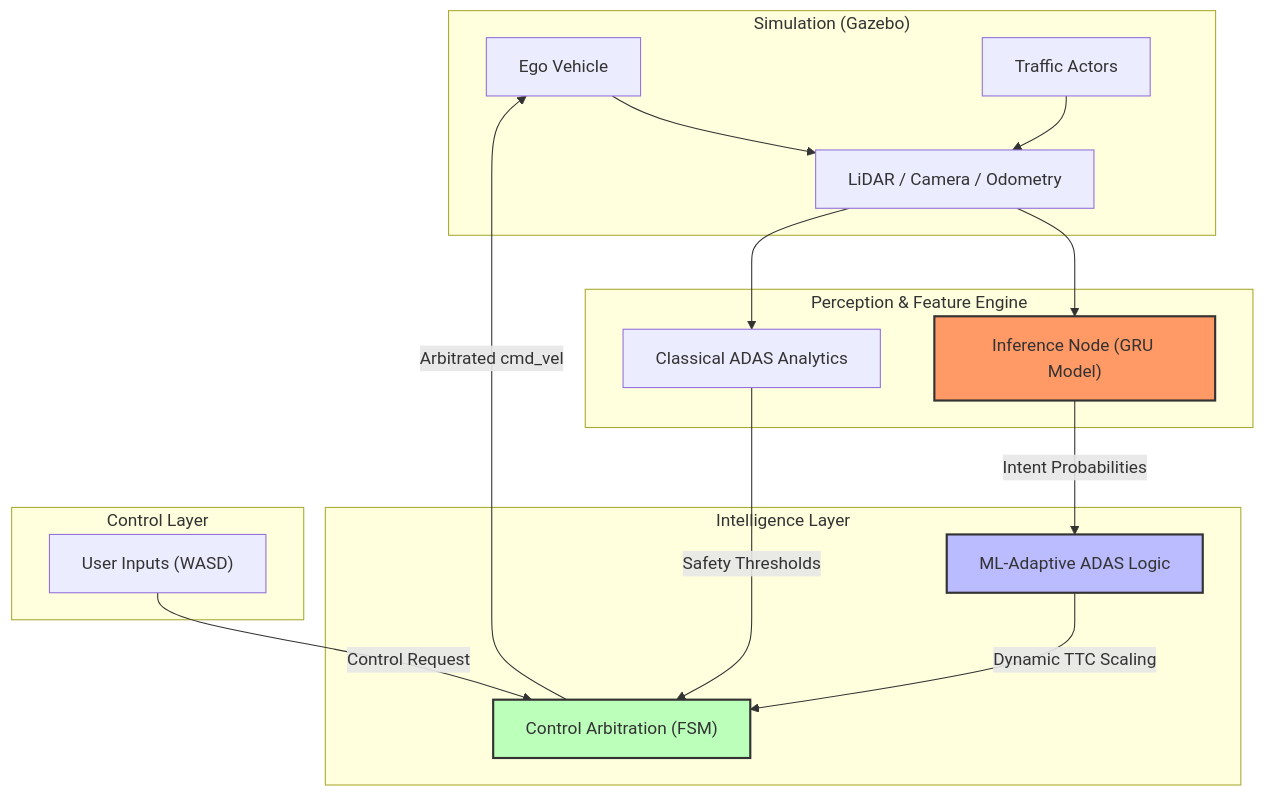
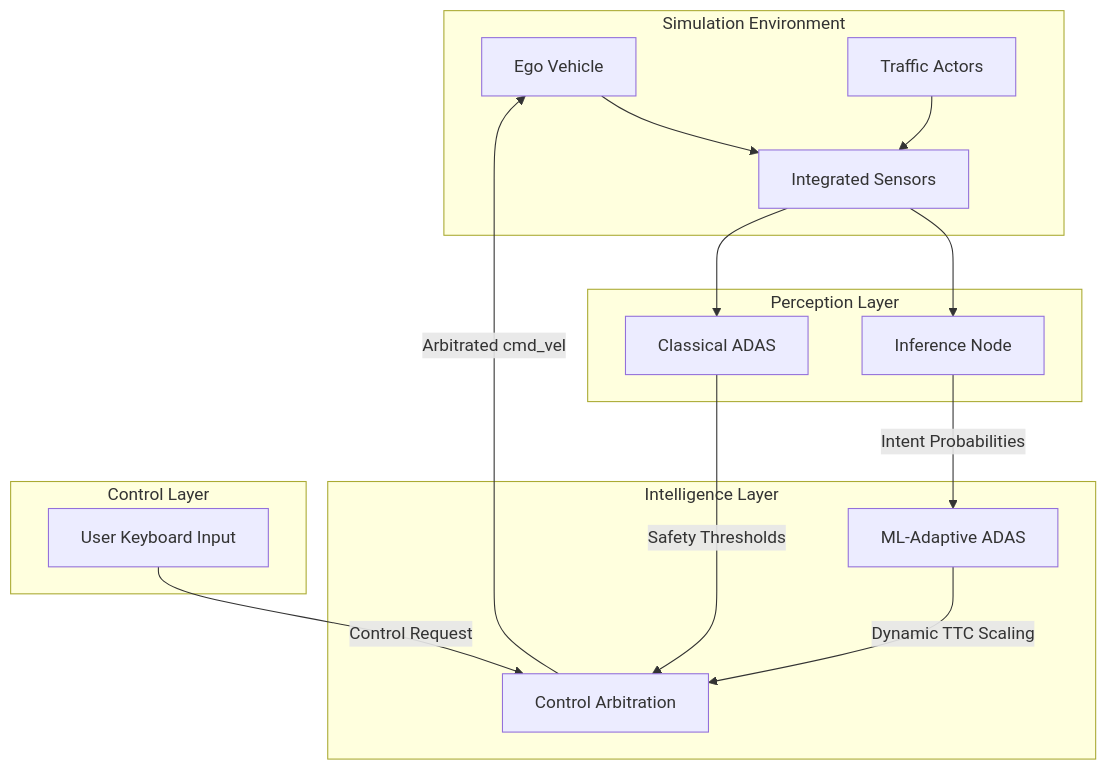
One commit to Aarish-Patel/adas_minor_project changed the diagram in src/adas_project/README.md. Above: the diagram before and after it, drawn with Mermaid. The commit also changed other lines of this file, not shown here.

Commit message:
Fix: Final Mermaid standardization and encoding fix in README

````diff
--- a/src/adas_project/README.md
+++ b/src/adas_project/README.md
@@ -15,27 +15,23 @@
 ```mermaid
-graph TD
-    subgraph "Simulation (Gazebo)"
-        V["Ego Vehicle"] --> S["LiDAR / Camera / Odometry"]
+flowchart TD
+    subgraph "Simulation Environment"
+        V["Ego Vehicle"] --> S["Integrated Sensors"]
         T["Traffic Actors"] --> S
     end
 
-    subgraph "Perception & Feature Engine"
-        S --> INF["Inference Node (GRU Model)"]
-        S --> CAD["Classical ADAS Analytics"]
+    subgraph "Perception Layer"
+        S --> INF["Inference Node"]
+        S --> CAD["Classical ADAS"]
     end
 
     subgraph "Intelligence Layer"
-        INF -- "Intent Probabilities" --> MAD["ML-Adaptive ADAS Logic"]
-        CAD -- "Safety Thresholds" --> ARB["Control Arbitration (FSM)"]
+        INF -- "Intent Probabilities" --> MAD["ML-Adaptive ADAS"]
+        CAD -- "Safety Thresholds" --> ARB["Control Arbitration"]
         MAD -- "Dynamic TTC Scaling" --> ARB
     end
 
     subgraph "Control Layer"
         ARB -- "Arbitrated cmd_vel" --> V
-        U["User Inputs (WASD)"] -- "Control Request" --> ARB
+        U["User Keyboard Input"] -- "Control Request" --> ARB
     end
-
-    style INF fill:#f96,stroke:#333,stroke-width:2px
-    style MAD fill:#bbf,stroke:#333,stroke-width:2px
-    style ARB fill:#bfb,stroke:#333,stroke-width:2px
 ```
````
